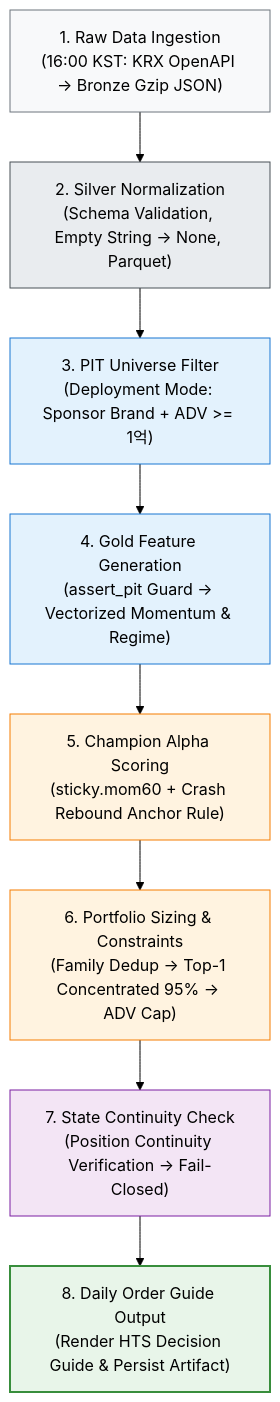
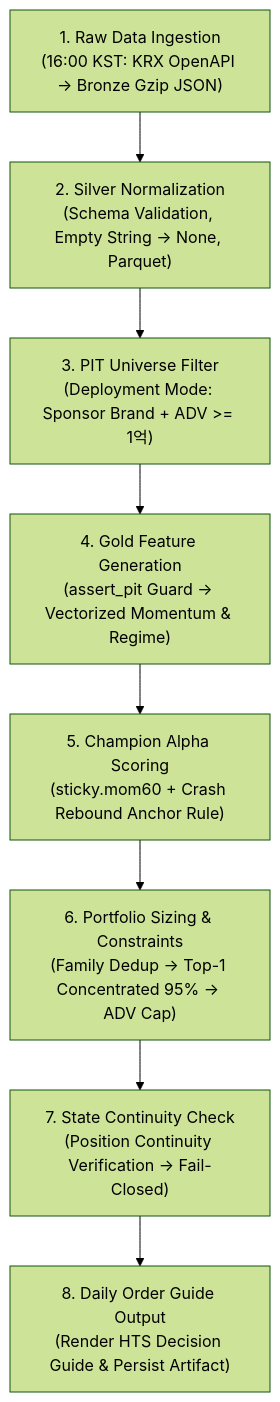
Before and after one commit to KTHYEONG/mt-etf-king-2026: the second of 2 diagrams in docs/architecture/overview.md, drawn with Mermaid (forest theme). The commit also changed other lines of this file and 4 other files, not shown here.

First line of the commit message:
docs: 다이어그램 내 시인성 저해 인라인 스타일 제거

````diff
--- a/docs/architecture/overview.md
+++ b/docs/architecture/overview.md
@@ -133,22 +128,13 @@
 ```mermaid
 flowchart TD
     Step1["1. Raw Data Ingestion\n(16:00 KST: KRX OpenAPI -> Bronze Gzip JSON)"]
     Step2["2. Silver Normalization\n(Schema Validation, Empty String -> None, Parquet)"]
     Step3["3. PIT Universe Filter\n(Deployment Mode: Sponsor Brand + ADV >= 1억)"]
     Step4["4. Gold Feature Generation\n(assert_pit Guard -> Vectorized Momentum & Regime)"]
     Step5["5. Champion Alpha Scoring\n(sticky.mom60 + Crash Rebound Anchor Rule)"]
     Step6["6. Portfolio Sizing & Constraints\n(Family Dedup -> Top-1 Concentrated 95% -> ADV Cap)"]
     Step7["7. State Continuity Check\n(Position Continuity Verification -> Fail-Closed)"]
     Step8["8. Daily Order Guide Output\n(Render HTS Decision Guide & Persist Artifact)"]
 
     Step1 --> Step2 --> Step3 --> Step4 --> Step5 --> Step6 --> Step7 --> Step8
-
-    style Step1 fill:#f8f9fa,stroke:#6c757d,stroke-width:1px
-    style Step2 fill:#e9ecef,stroke:#495057,stroke-width:1px
-    style Step3 fill:#e3f2fd,stroke:#1976d2,stroke-width:1px
-    style Step4 fill:#e3f2fd,stroke:#1976d2,stroke-width:1px
-    style Step5 fill:#fff3e0,stroke:#f57c00,stroke-width:1px
-    style Step6 fill:#fff3e0,stroke:#f57c00,stroke-width:1px
-    style Step7 fill:#f3e5f5,stroke:#7b1fa2,stroke-width:1px
-    style Step8 fill:#e8f5e9,stroke:#388e3c,stroke-width:2px
 ```
````
